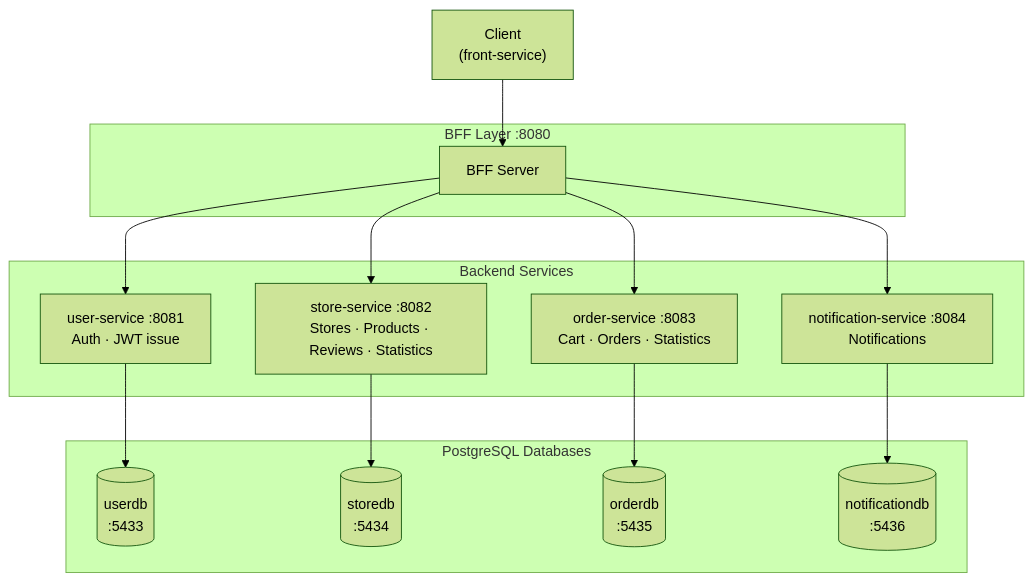
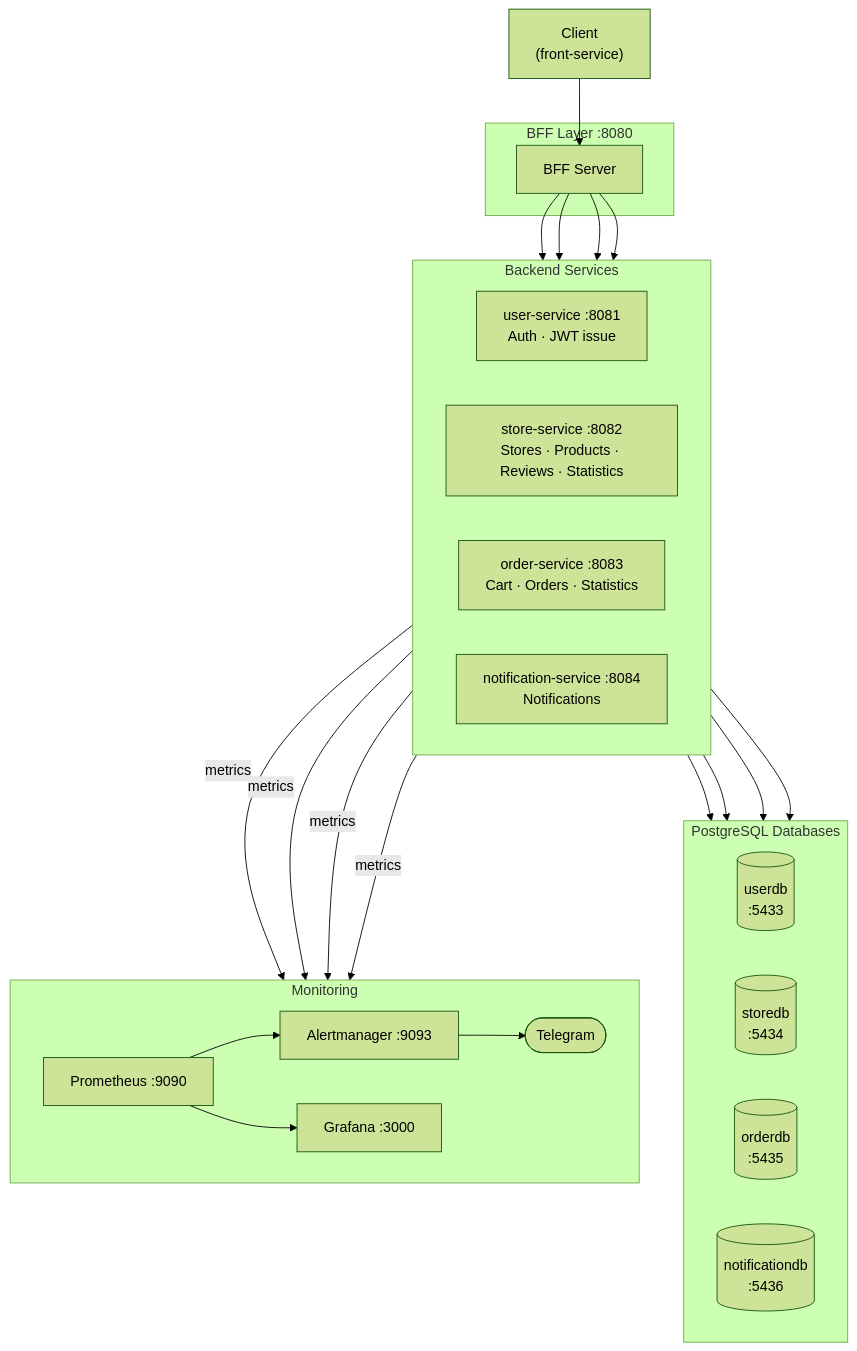
One commit to proLmpa/Deliprac changed the first of 7 diagrams in README.md. Above: the diagram before and after it, drawn with Mermaid (forest theme). The commit also changed other lines of this file and 2 other files, not shown here.

````diff
--- a/README.md
+++ b/README.md
@@ -10,30 +10,40 @@
 ```mermaid
 flowchart TB
     C["Client\n(front-service)"]
 
     subgraph bff ["BFF Layer :8080"]
         BFF["BFF Server"]
     end
 
     subgraph svc ["Backend Services"]
+        direction LR
         US["user-service :8081\nAuth · JWT issue"]
         SS["store-service :8082\nStores · Products · Reviews · Statistics"]
         OS["order-service :8083\nCart · Orders · Statistics"]
         NS["notification-service :8084\nNotifications"]
     end
 
     subgraph db ["PostgreSQL Databases"]
+        direction LR
         UD[("userdb\n:5433")]
         SD[("storedb\n:5434")]
         OD[("orderdb\n:5435")]
         ND[("notificationdb\n:5436")]
+    end
+
+    subgraph mon ["Monitoring"]
+        direction LR
+        PR["Prometheus :9090"] --> AM["Alertmanager :9093"] --> TG(["Telegram"])
+        PR --> GF["Grafana :3000"]
     end
 
     C --> BFF
     BFF --> US & SS & OS & NS
 
     US --> UD
     SS --> SD
     OS --> OD
     NS --> ND
+
+    US & SS & OS & NS -->|metrics| PR
 ```
````
